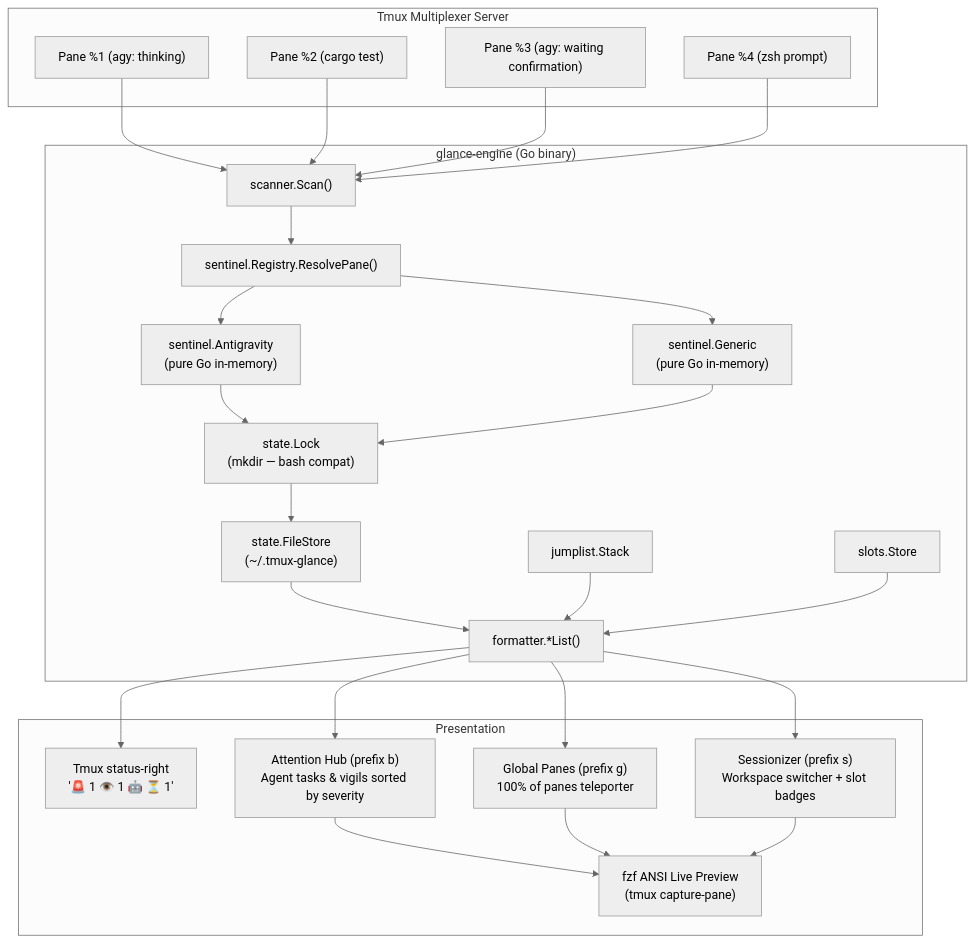
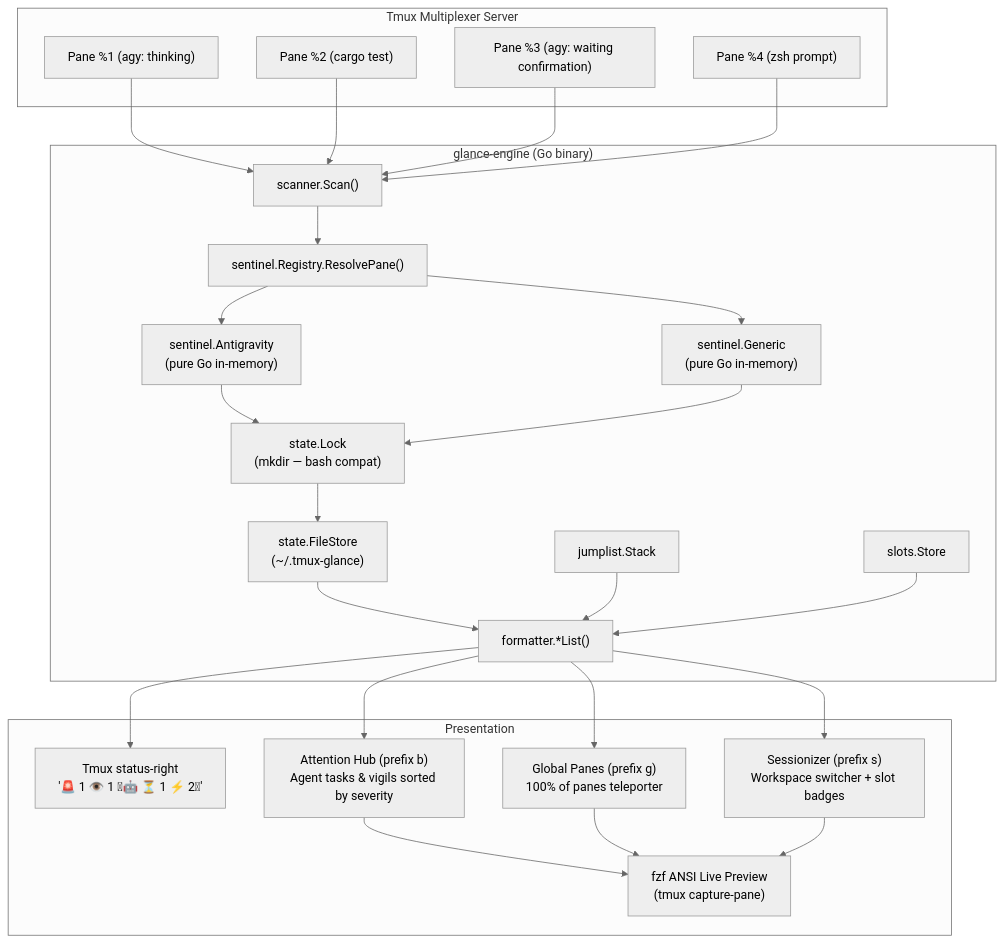
Before and after one commit to mhutchinson/tmux-glance: the diagram in DESIGN.md, drawn with Mermaid (neutral theme). The commit also changed other lines of this file and 10 other files, not shown here.

````diff
--- a/DESIGN.md
+++ b/DESIGN.md
@@ -68,44 +68,44 @@
 ```mermaid
 flowchart TD
     subgraph Tmux Multiplexer Server
         P1["Pane %1 (agy: thinking)"]
         P2["Pane %2 (cargo test)"]
         P3["Pane %3 (agy: waiting confirmation)"]
         P4["Pane %4 (zsh prompt)"]
     end
 
     subgraph glance-engine ["glance-engine (Go binary)"]
         Scan["scanner.Scan()"]
         Router["sentinel.Registry.ResolvePane()"]
         S_AGY["sentinel.Antigravity\n(pure Go in-memory)"]
         S_GEN["sentinel.Generic\n(pure Go in-memory)"]
         Lock["state.Lock\n(mkdir — bash compat)"]
         State["state.FileStore\n(~/.tmux-glance)"]
         JL["jumplist.Stack"]
         Slots["slots.Store"]
         Fmt["formatter.*List()"]
     end
 
     subgraph Presentation
-        Status["Tmux status-right\n'🚨 1  👁️ 1  🤖 ⏳ 1'"]
+        Status["Tmux status-right\n'🚨 1  👁️ 1  🤖 ⏳ 1  ⚡ 2'"]
         Hub["Attention Hub (prefix b)\nAgent tasks & vigils sorted by severity"]
         Fleet["Global Panes (prefix g)\n100% of panes teleporter"]
         Sessions["Sessionizer (prefix s)\nWorkspace switcher + slot badges"]
         Preview["fzf ANSI Live Preview\n(tmux capture-pane)"]
     end
 
     P1 & P2 & P3 & P4 --> Scan
     Scan --> Router
     Router --> S_AGY
     Router --> S_GEN
     S_AGY & S_GEN --> Lock
     Lock --> State
     State --> Fmt
     Fmt --> Status
     Fmt --> Hub
     Fmt --> Fleet
     Fmt --> Sessions
     JL --> Fmt
     Slots --> Fmt
     Hub & Fleet & Sessions --> Preview
 ```
````
